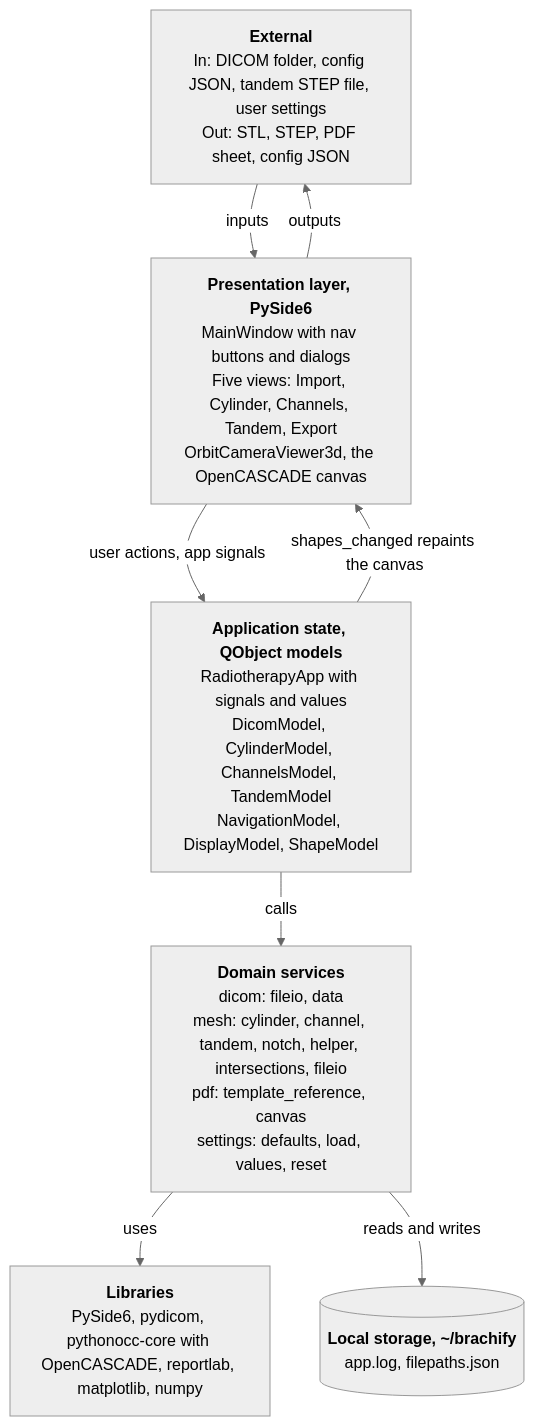
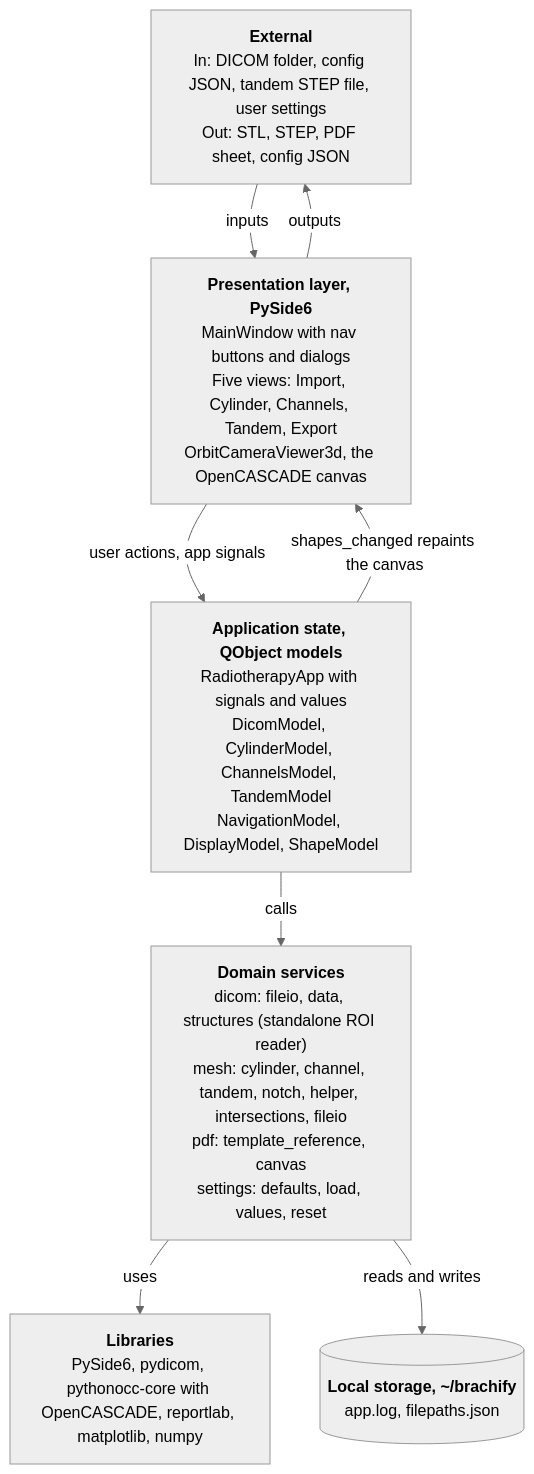
Before and after one commit to COSC-499-W2026/capstone-project-team-10: the diagram in docs/architecture/diagrams/system-architecture.mmd, drawn with Mermaid (neutral theme). The commit also changed 9 other files, not shown here.

```diff
--- a/docs/architecture/diagrams/system-architecture.mmd
+++ b/docs/architecture/diagrams/system-architecture.mmd
@@ -1,17 +1,17 @@
 %% title: System architecture
 %% alt: System architecture of brachify, a layered desktop application with a presentation layer, application state, domain services, third party libraries and local storage
 flowchart TB
   ext["<b>External</b><br/>In: DICOM folder, config JSON, tandem STEP file, user settings<br/>Out: STL, STEP, PDF sheet, config JSON"]
   pres["<b>Presentation layer, PySide6</b><br/>MainWindow with nav buttons and dialogs<br/>Five views: Import, Cylinder, Channels, Tandem, Export<br/>OrbitCameraViewer3d, the OpenCASCADE canvas"]
   state["<b>Application state, QObject models</b><br/>RadiotherapyApp with signals and values<br/>DicomModel, CylinderModel, ChannelsModel, TandemModel<br/>NavigationModel, DisplayModel, ShapeModel"]
-  domain["<b>Domain services</b><br/>dicom: fileio, data<br/>mesh: cylinder, channel, tandem, notch, helper, intersections, fileio<br/>pdf: template_reference, canvas<br/>settings: defaults, load, values, reset"]
+  domain["<b>Domain services</b><br/>dicom: fileio, data, structures (standalone ROI reader)<br/>mesh: cylinder, channel, tandem, notch, helper, intersections, fileio<br/>pdf: template_reference, canvas<br/>settings: defaults, load, values, reset"]
   lib["<b>Libraries</b><br/>PySide6, pydicom, pythonocc-core with OpenCASCADE, reportlab, matplotlib, numpy"]
   disk[("<b>Local storage, ~/brachify</b><br/>app.log, filepaths.json")]
 
   ext -->|"inputs"| pres
   pres -->|"outputs"| ext
   pres -->|"user actions, app signals"| state
   state -->|"shapes_changed repaints the canvas"| pres
   state -->|"calls"| domain
   domain -->|"uses"| lib
   domain -->|"reads and writes"| disk
```
